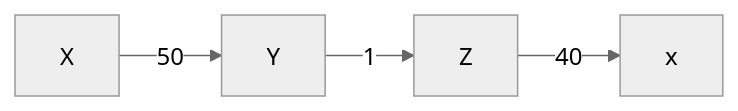
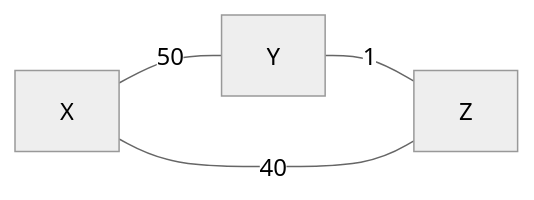
The sixth of 14 diagrams in _posts/2021-07-21-04741-internet.md (chchoiw/chchoiw.github.io), drawn with Mermaid (neutral theme) before and after one commit. The commit also changed other lines of this file, not shown here.

````diff
--- a/_posts/2021-07-21-04741-internet.md
+++ b/_posts/2021-07-21-04741-internet.md
@@ -702,6 +702,6 @@
 ```mermaid
 graph LR
-    X[X] -- 50 -->  Y[Y];
-    Y--  1 --> Z[Z];
-    Z-- 40 -->x;
+    X[X] -- 50 ---  Y[Y];
+    Y--  1 --- Z[Z];
+    Z-- 40 ---X;
 ```
````
